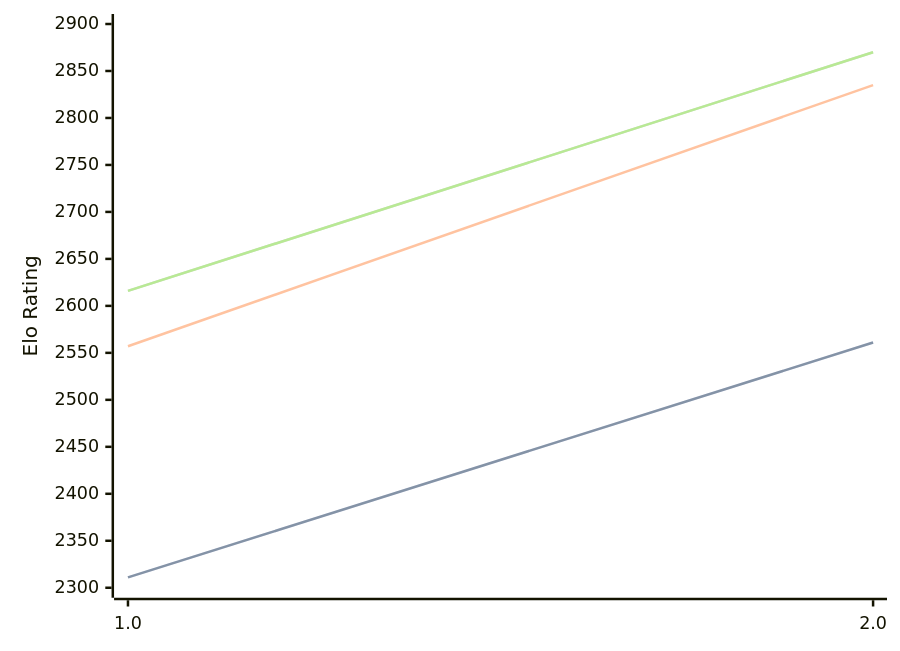
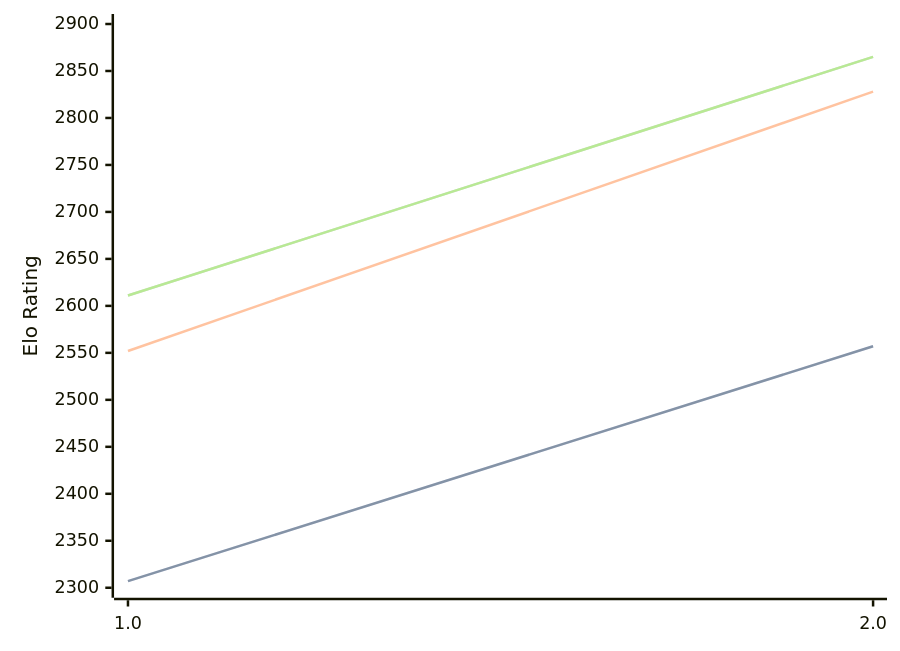
The diagram in engines/Revolver.md (computer-chess-index/cci), drawn with Mermaid before and after one commit. The commit also changed other lines of this file, not shown here.

Commit message:
Update CCI Ratings (ELO VLTC) - 2026-05-18

````diff
--- a/engines/Revolver.md
+++ b/engines/Revolver.md
@@ -32,11 +32,11 @@
 ```mermaid
 %%{init: {"theme":"base","themeVariables":{"seriesColors:['#a3a3a3','#222221','#faa371']}}}%%
 xychart-beta
   x-axis ["1.0", "2.0"]
   y-axis "Elo Rating" 2300 --> 2900
-  line "STC (8.0+0.08s)" [2311, 2561]
-  line "STC (8.0+0.08s)" [2311, 2561]
-  line "LTC (60.0+0.60s)" [2557, 2835]
-  line "VLTC (2m24s+1.12s)" [2616, 2870]
-  line "VLTC (2m24s+1.12s)" [2616, 2870]
+  line "STC (8.0+0.08s)" [2307, 2557]
+  line "STC (8.0+0.08s)" [2307, 2557]
+  line "LTC (60.0+0.60s)" [2552, 2828]
+  line "VLTC (2m24s+1.12s)" [2611, 2865]
+  line "VLTC (2m24s+1.12s)" [2611, 2865]
 ```
````
